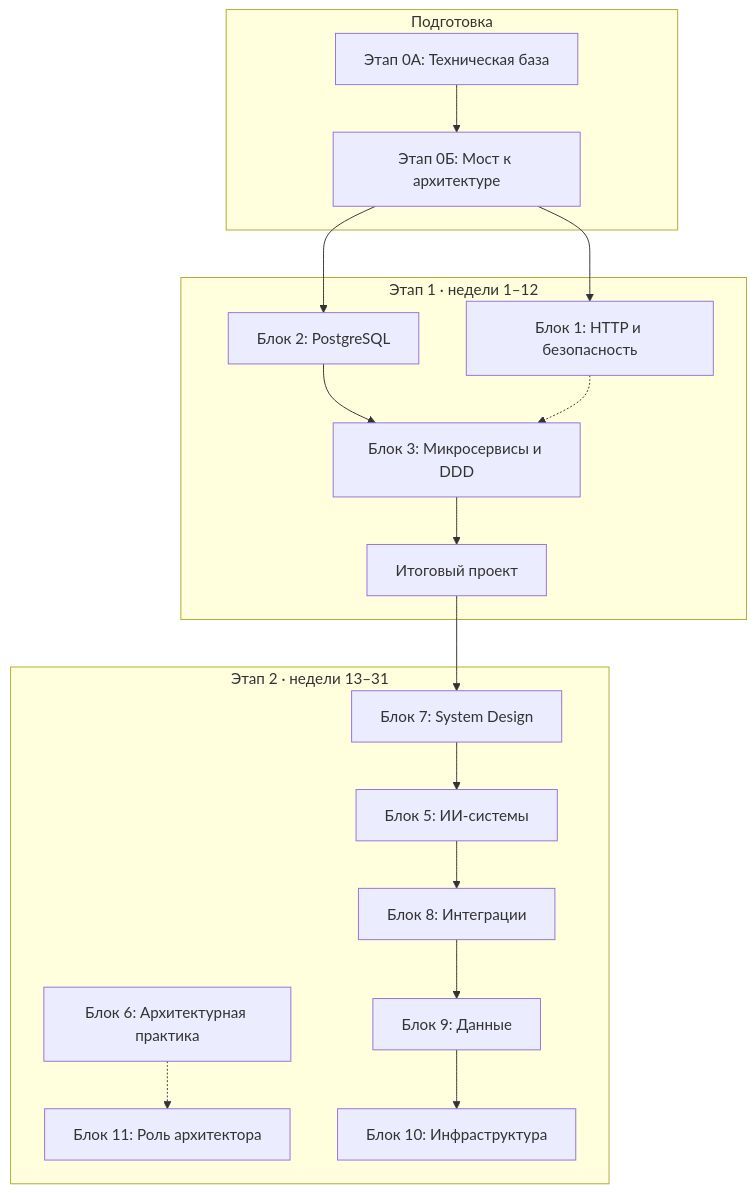
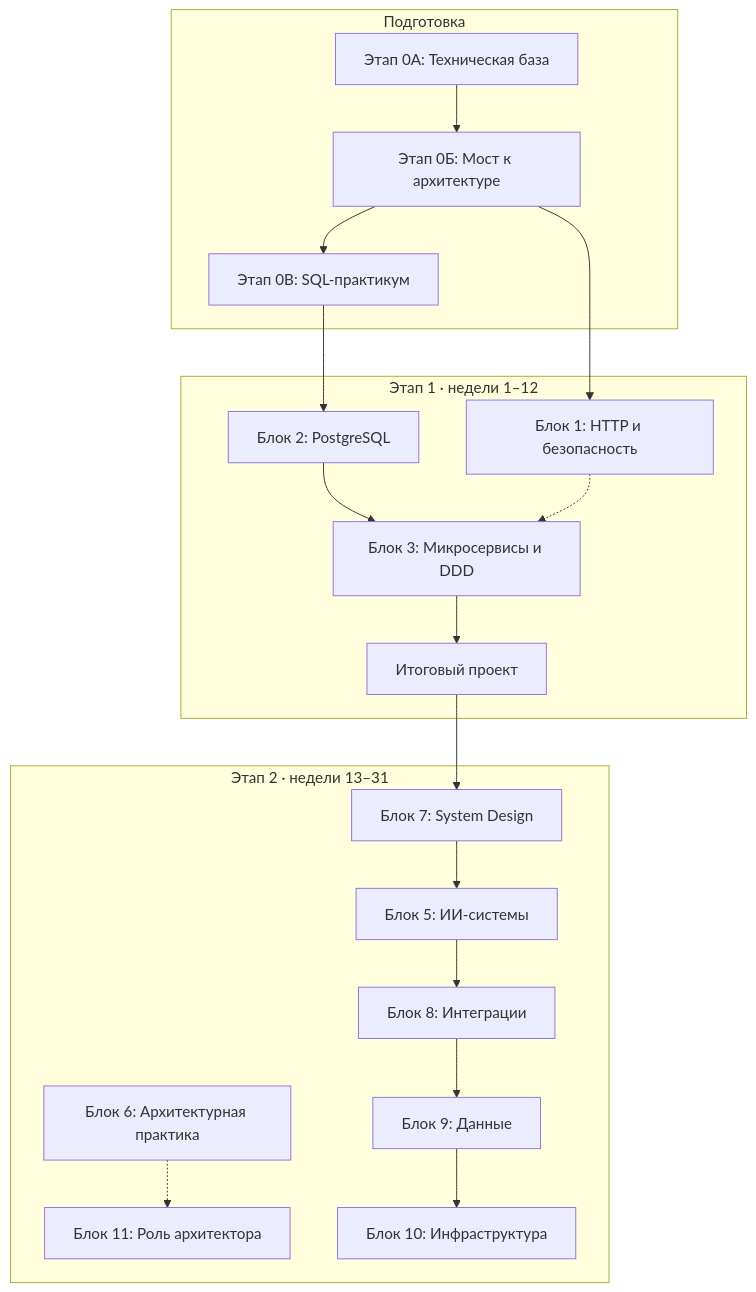
The diagram in README.md (PaulJurichM/architect-study-plan), drawn with Mermaid before and after one commit. The commit also changed other lines of this file and 20 other files, not shown here.

First line of the commit message:
Этап 0В: SQL-практикум (черновик на проверке)

````diff
--- a/README.md
+++ b/README.md
@@ -29,21 +30,22 @@
 ```mermaid
 flowchart TD
     subgraph P0["Подготовка"]
         A["Этап 0А: Техническая база"] --> B["Этап 0Б: Мост к архитектуре"]
+        B --> V["Этап 0В: SQL-практикум"]
     end
     subgraph P1["Этап 1 · недели 1–12"]
         B2["Блок 2: PostgreSQL"] --> B3["Блок 3: Микросервисы и DDD"]
         B1["Блок 1: HTTP и безопасность"] -.-> B3
         B3 --> C["Итоговый проект"]
     end
     subgraph P2["Этап 2 · недели 13–31"]
         B7["Блок 7: System Design"] --> B5["Блок 5: ИИ-системы"]
         B6["Блок 6: Архитектурная практика"] -.-> B11["Блок 11: Роль архитектора"]
         B5 --> B8["Блок 8: Интеграции"]
         B8 --> B9["Блок 9: Данные"]
         B9 --> B10["Блок 10: Инфраструктура"]
     end
-    B --> B2
+    V --> B2
     B --> B1
     C --> B7
 ```
````
